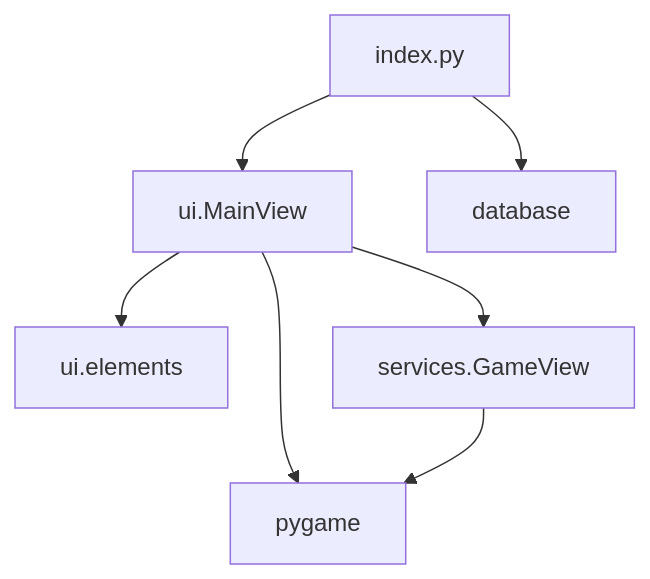
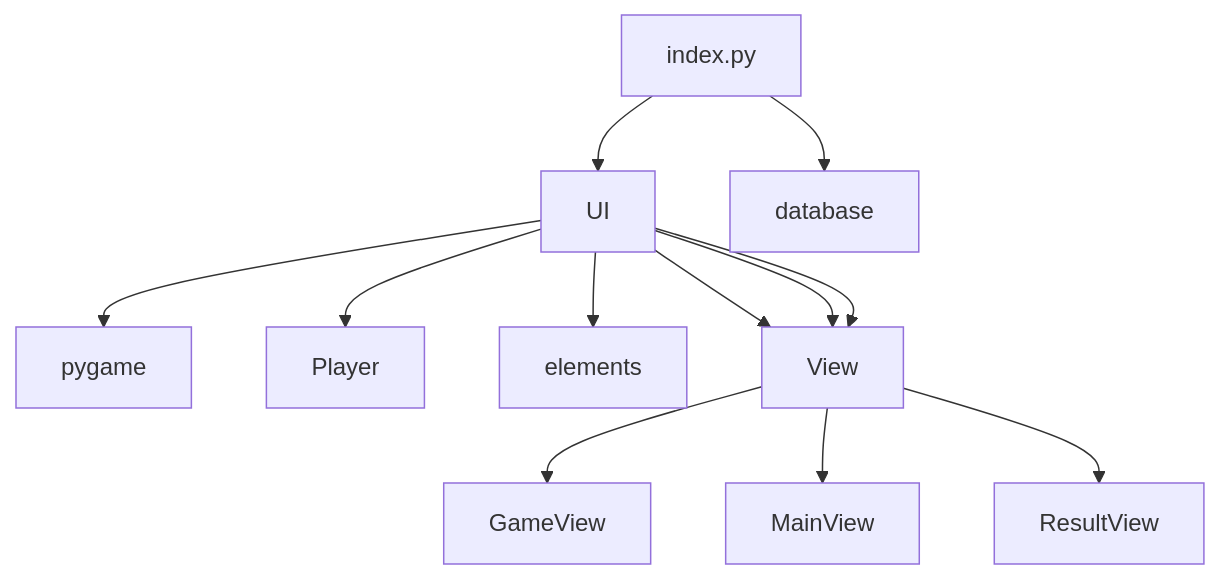
Before and after one commit to koenol/ot-harjoitustyo: the diagram in rhythm-game/dokumentaatio/arkkitehtuurikuvaus.md, drawn with Mermaid.

````diff
--- a/rhythm-game/dokumentaatio/arkkitehtuurikuvaus.md
+++ b/rhythm-game/dokumentaatio/arkkitehtuurikuvaus.md
@@ -2,9 +2,11 @@
 ```mermaid
 graph TD;
-    index.py --> ui.MainView;
+    index.py --> UI;
     index.py --> database;
-    ui.MainView --> pygame;
-    ui.MainView --> ui.elements;
-    ui.MainView --> services.GameView;
-    services.GameView --> pygame;
+    UI --> pygame;
+    UI --> Player
+    UI --> elements
+    UI --> View --> GameView;
+    UI --> View --> MainView;
+    UI --> View --> ResultView
 ```
````
